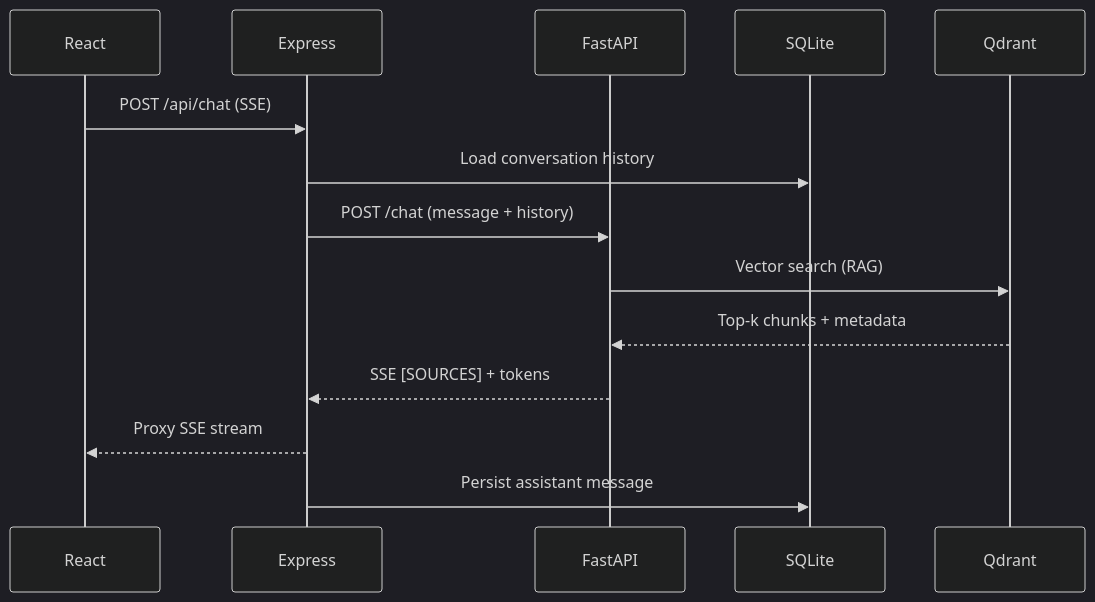
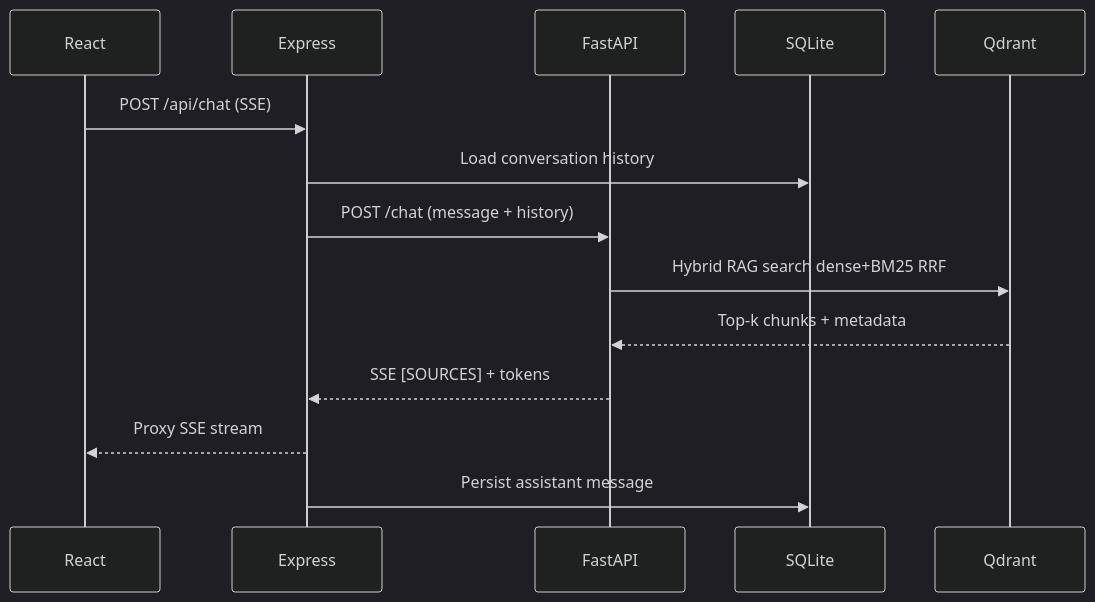
One commit to shashank3876/Dev-Mind changed the second of 3 diagrams in ARCHITECTURE.md. Above: the diagram before and after it, drawn with Mermaid (dark theme). The commit also changed other lines of this file and 23 other files, not shown here.

Commit message:
Milestone 1 in DevMind: Hybrid RAG and citation quality.

````diff
--- a/ARCHITECTURE.md
+++ b/ARCHITECTURE.md
@@ -50,17 +50,17 @@
 ```mermaid
 sequenceDiagram
   participant UI as React
   participant API as Express
   participant AI as FastAPI
   participant DB as SQLite
   participant VS as Qdrant
 
   UI->>API: POST /api/chat (SSE)
   API->>DB: Load conversation history
   API->>AI: POST /chat (message + history)
-  AI->>VS: Vector search (RAG)
+  AI->>VS: Hybrid RAG search dense+BM25 RRF
   VS-->>AI: Top-k chunks + metadata
   AI-->>API: SSE [SOURCES] + tokens
   API-->>UI: Proxy SSE stream
   API->>DB: Persist assistant message
 ```
````
